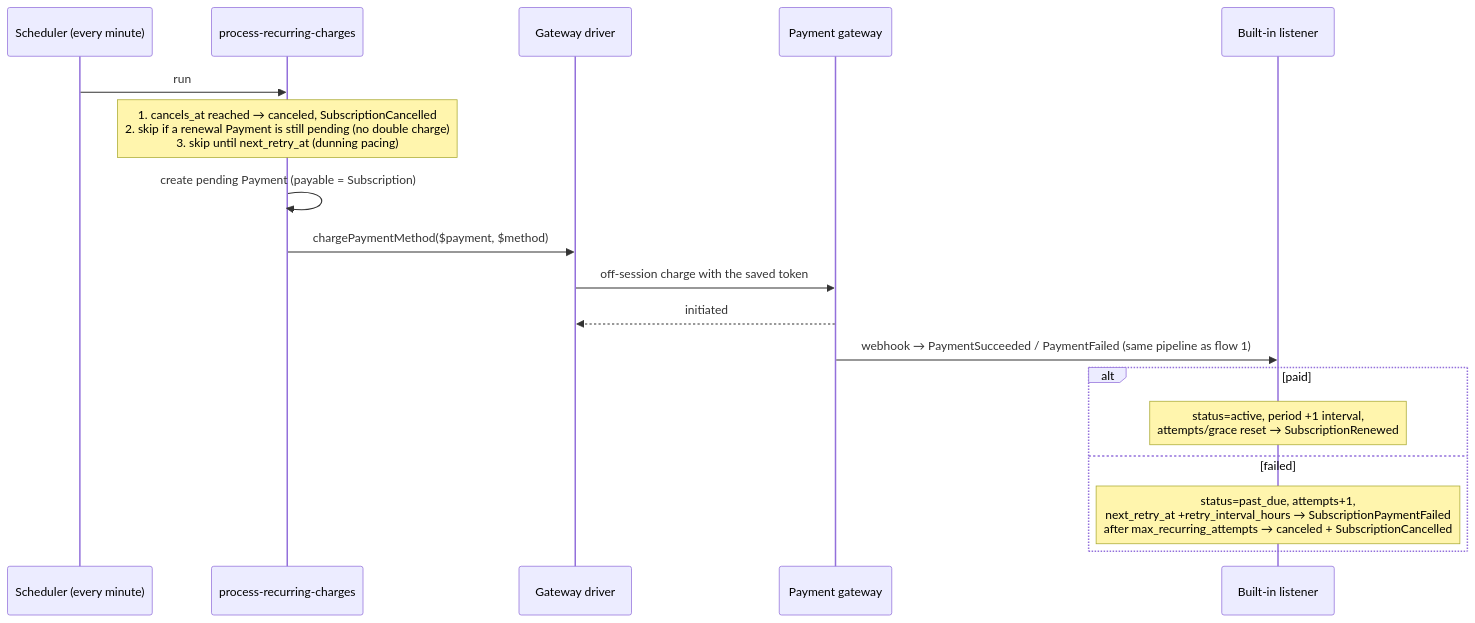
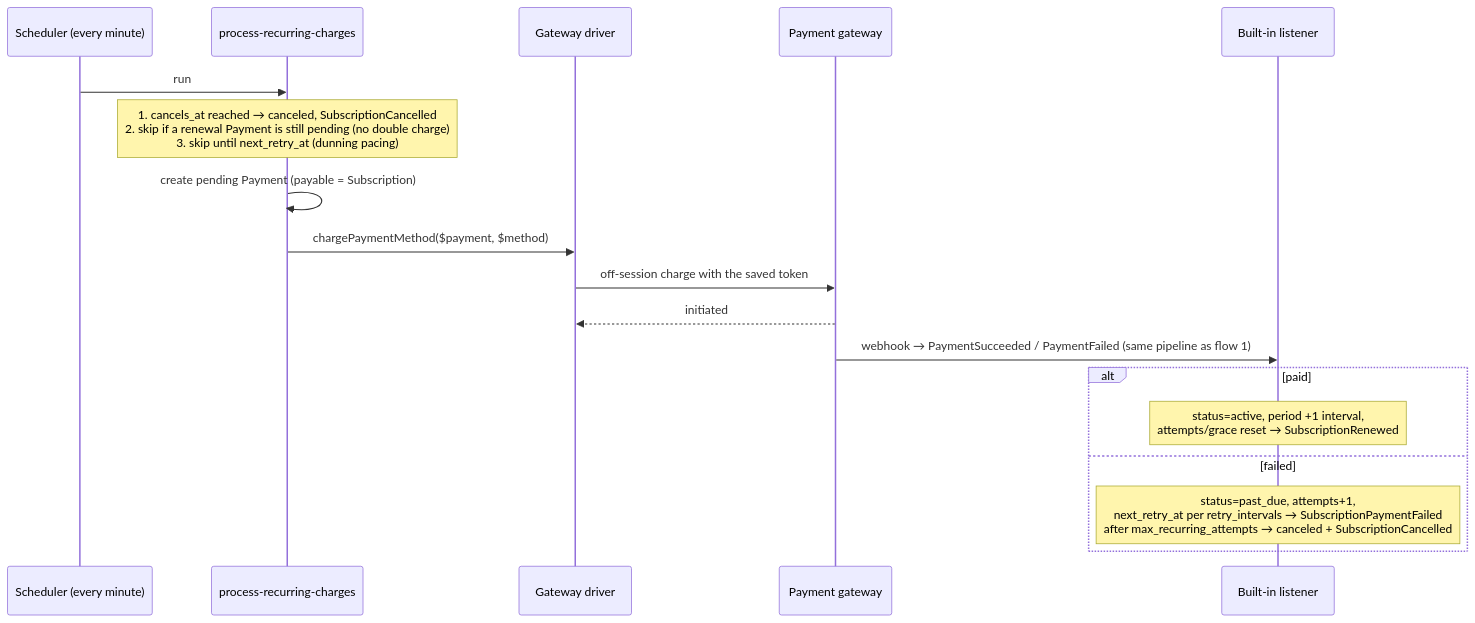
The second of 4 diagrams in README.md (fomvasss/laravel-billing), drawn with Mermaid before and after one commit. The commit also changed other lines of this file and 16 other files, not shown here.

````diff
--- a/README.md
+++ b/README.md
@@ -380,22 +380,22 @@
 ```mermaid
 sequenceDiagram
     participant Cron as Scheduler (every minute)
     participant Cmd as process-recurring-charges
     participant Driver as Gateway driver
     participant Bank as Payment gateway
     participant Listener as Built-in listener
 
     Cron->>Cmd: run
     Note over Cmd: 1. cancels_at reached → canceled, SubscriptionCancelled<br/>2. skip if a renewal Payment is still pending (no double charge)<br/>3. skip until next_retry_at (dunning pacing)
     Cmd->>Cmd: create pending Payment (payable = Subscription)
     Cmd->>Driver: chargePaymentMethod($payment, $method)
     Driver->>Bank: off-session charge with the saved token
     Bank-->>Driver: initiated
 
     Bank->>Listener: webhook → PaymentSucceeded / PaymentFailed (same pipeline as flow 1)
     alt paid
         Note over Listener: status=active, period +1 interval,<br/>attempts/grace reset → SubscriptionRenewed
     else failed
-        Note over Listener: status=past_due, attempts+1,<br/>next_retry_at +retry_interval_hours → SubscriptionPaymentFailed<br/>after max_recurring_attempts → canceled + SubscriptionCancelled
+        Note over Listener: status=past_due, attempts+1,<br/>next_retry_at per retry_intervals → SubscriptionPaymentFailed<br/>after max_recurring_attempts → canceled + SubscriptionCancelled
     end
 ```
````
